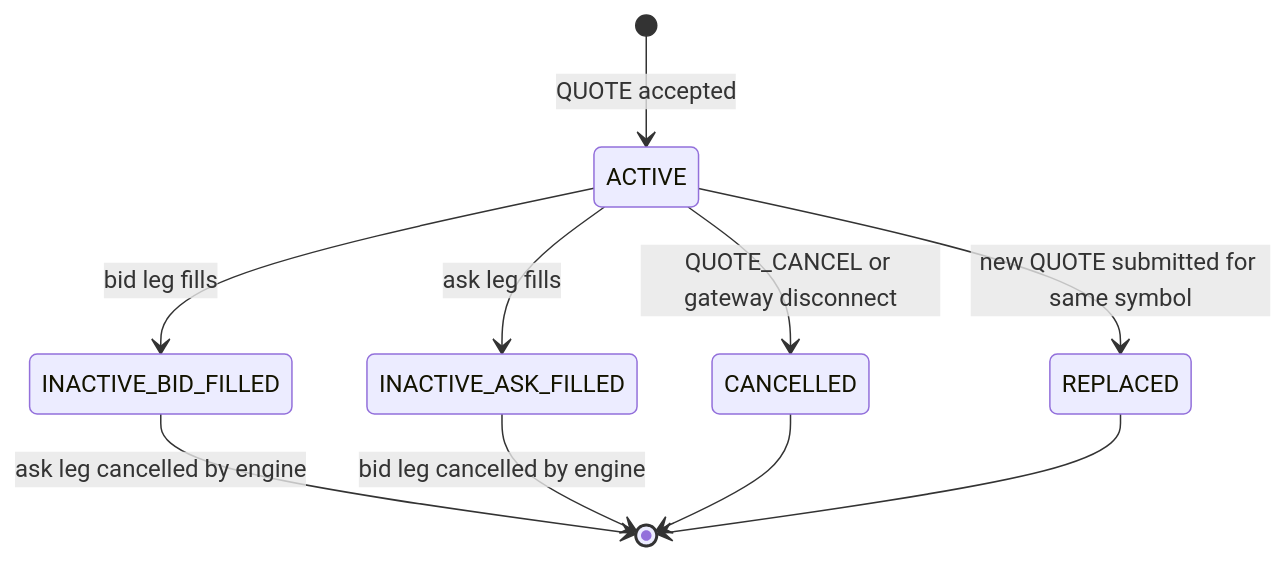
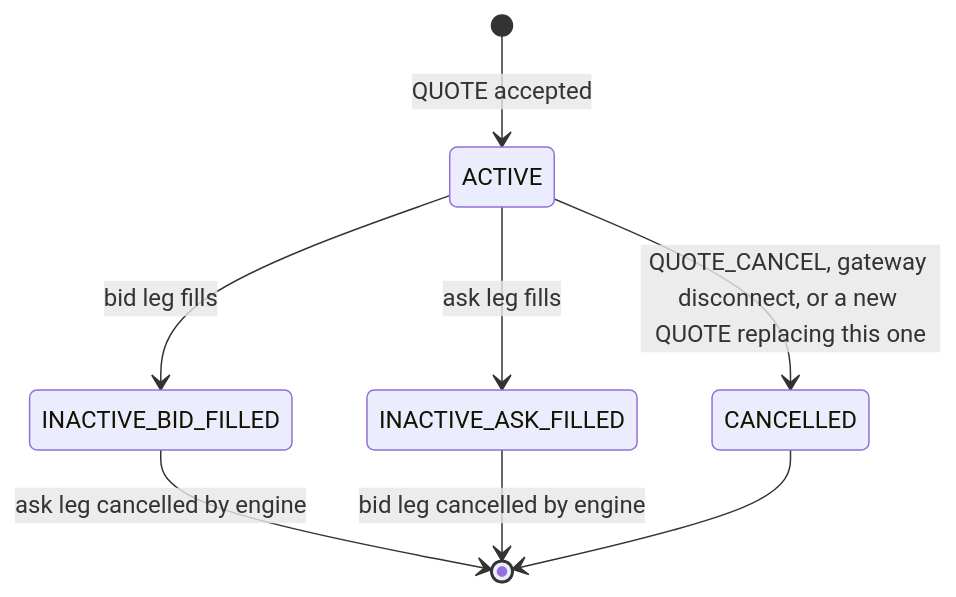
One commit to johan162/EduMatcher changed the first of 7 diagrams in docs/user-guide/090-market-maker.md. Above: the diagram before and after it, drawn with Mermaid. The commit also changed other lines of this file and 4 other files, not shown here.

````diff
--- a/docs/user-guide/090-market-maker.md
+++ b/docs/user-guide/090-market-maker.md
@@ -107,12 +107,10 @@
 ```mermaid
 stateDiagram-v2
     [*] --> ACTIVE : QUOTE accepted
     ACTIVE --> INACTIVE_BID_FILLED : bid leg fills
     ACTIVE --> INACTIVE_ASK_FILLED : ask leg fills
-    ACTIVE --> CANCELLED : QUOTE_CANCEL or gateway disconnect
-    ACTIVE --> REPLACED : new QUOTE submitted for same symbol
+    ACTIVE --> CANCELLED : QUOTE_CANCEL, gateway disconnect, or a new QUOTE replacing this one
     INACTIVE_BID_FILLED --> [*] : ask leg cancelled by engine
     INACTIVE_ASK_FILLED --> [*] : bid leg cancelled by engine
     CANCELLED --> [*]
-    REPLACED --> [*]
 ```
````
